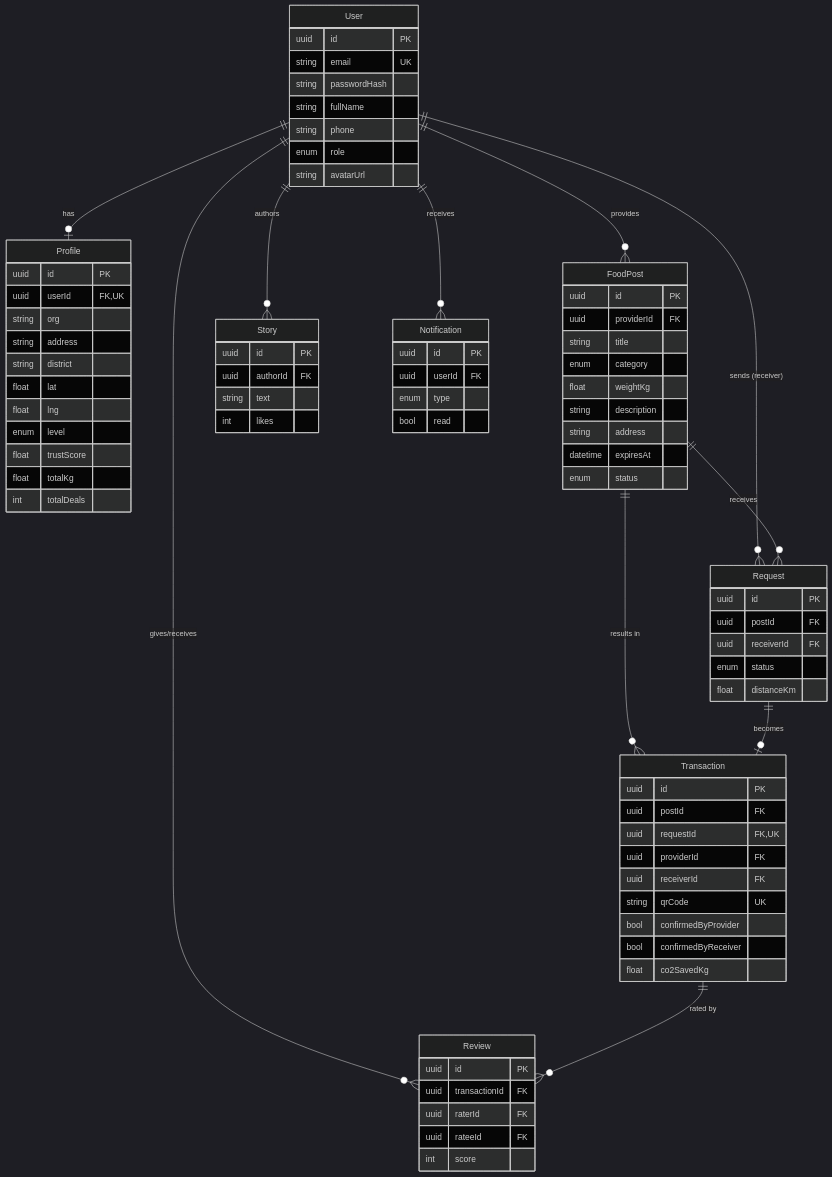
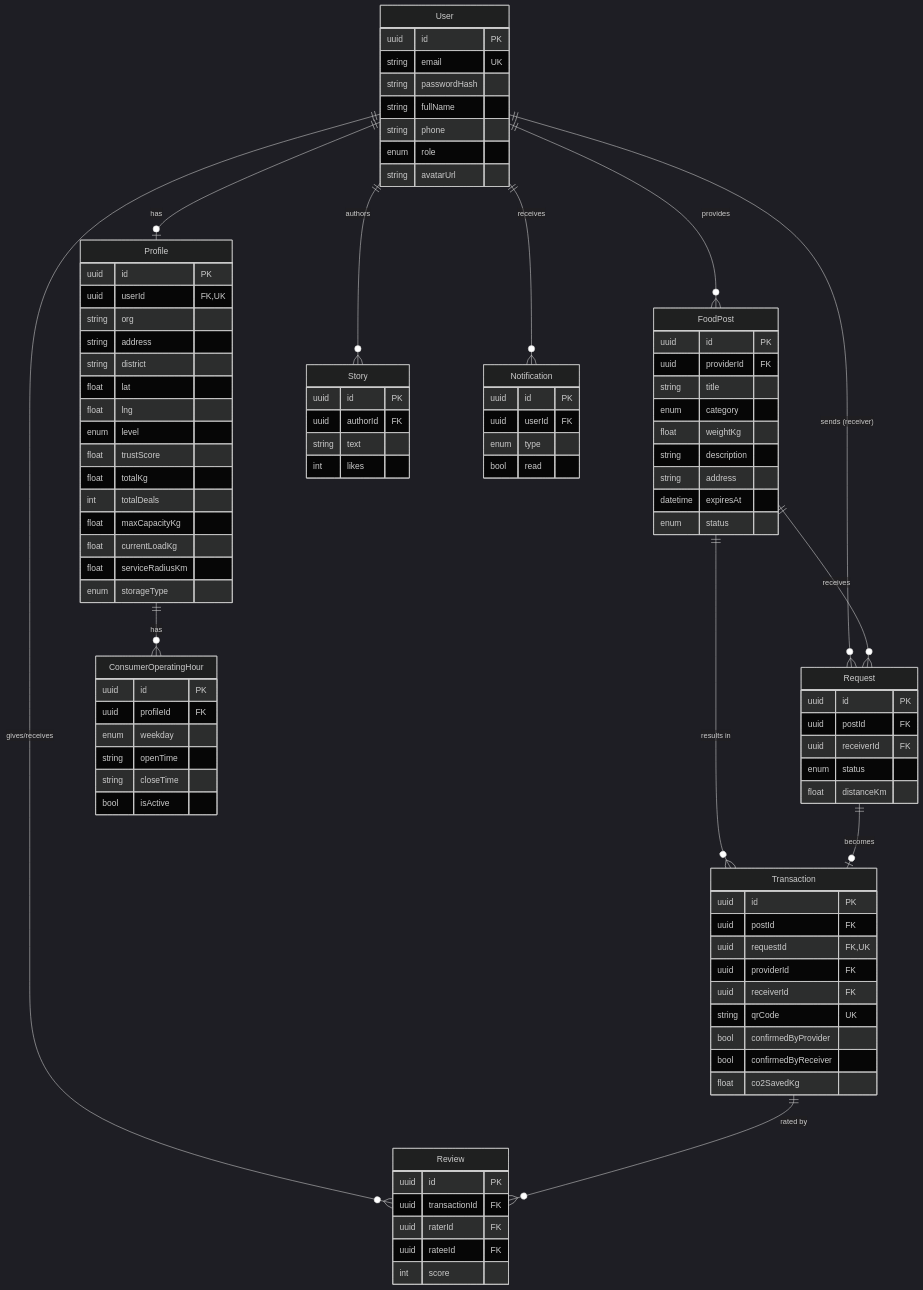
The diagram in docs/DATABASE.md (ThoQuang21/nourish-loop-backend), drawn with Mermaid (dark theme) before and after one commit. The commit also changed other lines of this file and 16 other files, not shown here.

````diff
--- a/docs/DATABASE.md
+++ b/docs/DATABASE.md
@@ -39,7 +39,12 @@
       float trustScore
       float totalKg
       int totalDeals
+      float maxCapacityKg
+      float currentLoadKg
+      float serviceRadiusKm
+      enum storageType
     }
+    Profile ||--o{ ConsumerOperatingHour : "has"
     FoodPost {
       uuid id PK
       uuid providerId FK
@@ -88,4 +93,12 @@
       enum type
       bool read
     }
+    ConsumerOperatingHour {
+      uuid id PK
+      uuid profileId FK
+      enum weekday
+      string openTime
+      string closeTime
+      bool isActive
+    }
 ```
````
